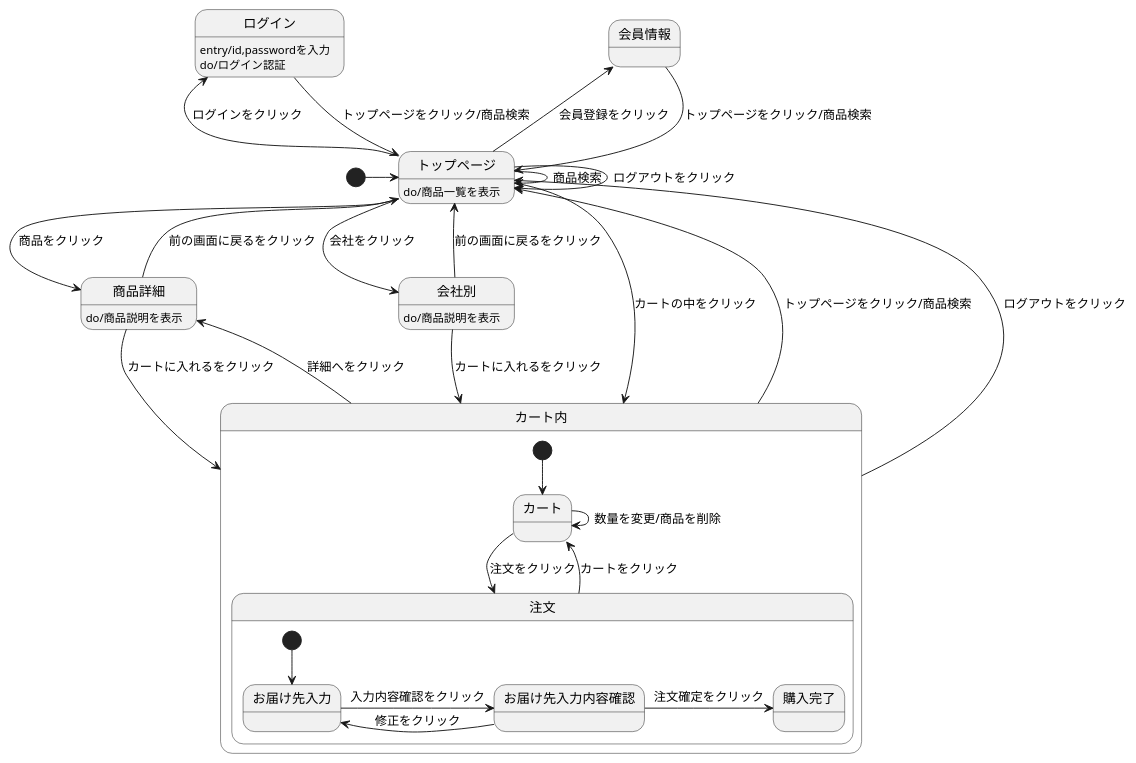
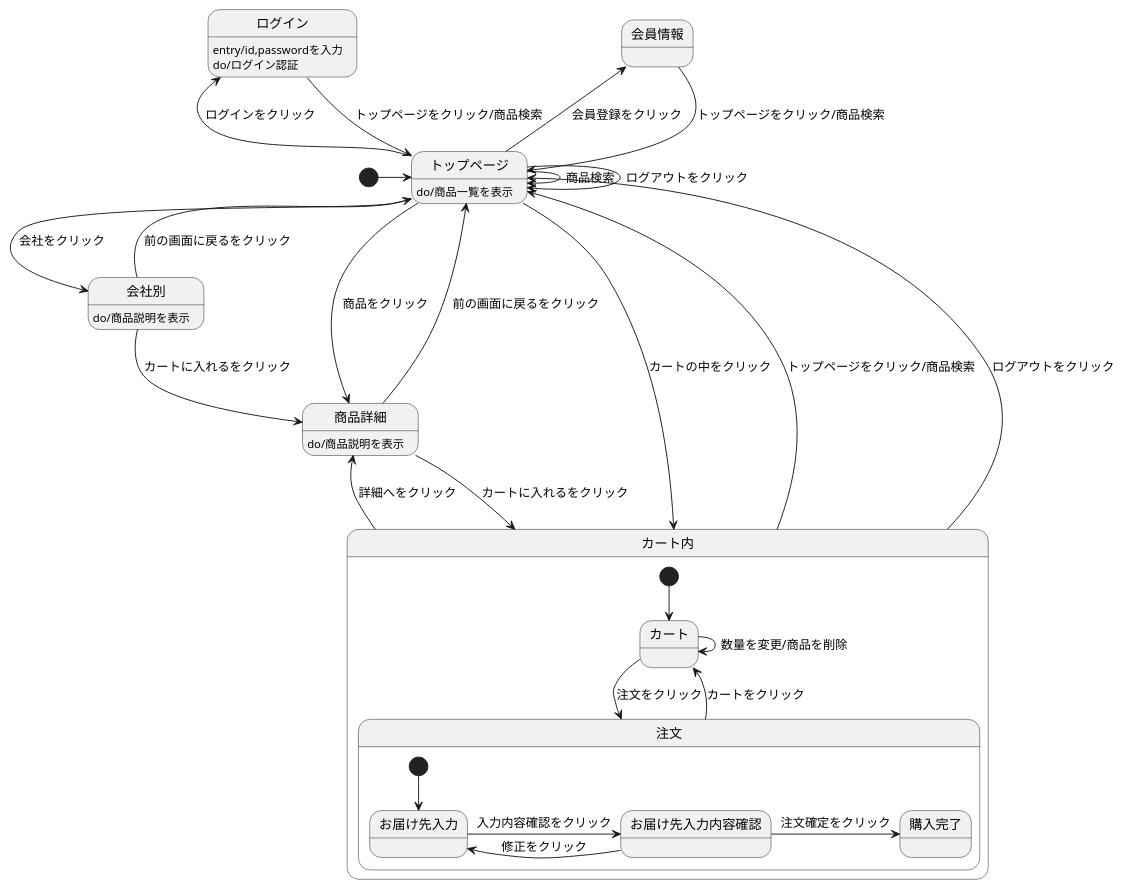
The diagram in myHP/第１２回画面遷移/画面遷移.md (Aso2001403/2021sys-design), drawn with PlantUML before and after one commit.

````diff
--- a/myHP/第１２回画面遷移/画面遷移.md
+++ b/myHP/第１２回画面遷移/画面遷移.md
@@ -1,39 +1,39 @@
 ```uml
 @startuml
 [*] -> トップページ
 会員情報 --> トップページ : トップページをクリック/商品検索
 ログイン --> トップページ : トップページをクリック/商品検索
 ログイン : entry/id,passwordを入力
 ログイン : do/ログイン認証
 トップページ --> トップページ : ログアウトをクリック
 トップページ -> トップページ : 商品検索
 トップページ -> 商品詳細 : 商品をクリック
 トップページ -> 会社別 : 会社をクリック
 トップページ -left-> 会員情報 : 会員登録をクリック
 トップページ -left-> ログイン : ログインをクリック
 トップページ --> カート内 : カートの中をクリック
 トップページ : do/商品一覧を表示
 商品詳細 --> カート内 : カートに入れるをクリック
 商品詳細 --> トップページ : 前の画面に戻るをクリック
 商品詳細 : do/商品説明を表示
-会社別 --> カート内 : カートに入れるをクリック
+会社別 --> 商品詳細 : カートに入れるをクリック
 会社別 --> トップページ : 前の画面に戻るをクリック
 会社別 : do/商品説明を表示
 カート内 -up-> トップページ : トップページをクリック/商品検索
 カート内 -up-> トップページ : ログアウトをクリック
 カート内 -> 商品詳細 : 詳細へをクリック
 
 state カート内 {
   [*] --> カート
   カート -> 注文 : 注文をクリック
   カート -> カート : 数量を変更/商品を削除
   注文 --> カート : カートをクリック
   state 注文 {
     [*] --> お届け先入力
     お届け先入力 -> お届け先入力内容確認 : 入力内容確認をクリック
     お届け先入力内容確認 -> お届け先入力 : 修正をクリック
     お届け先入力内容確認 -> 購入完了 : 注文確定をクリック
   }
 
 @enduml
 ```
````
